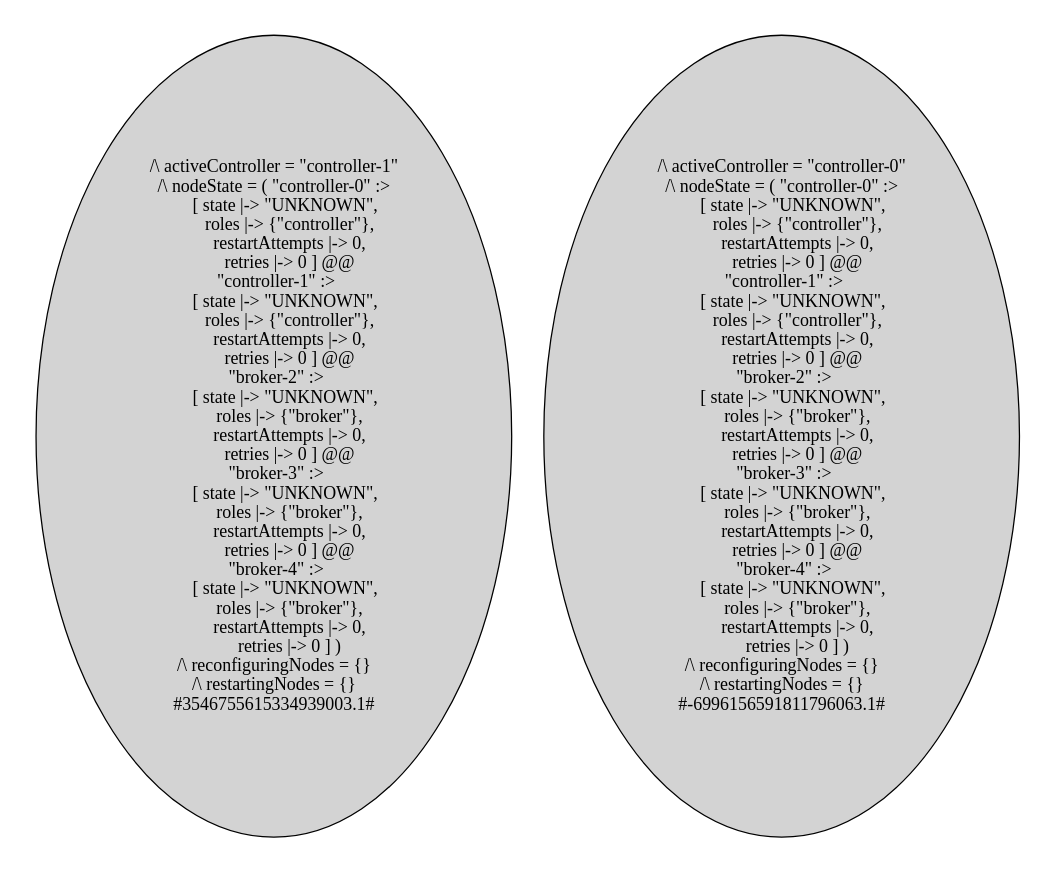
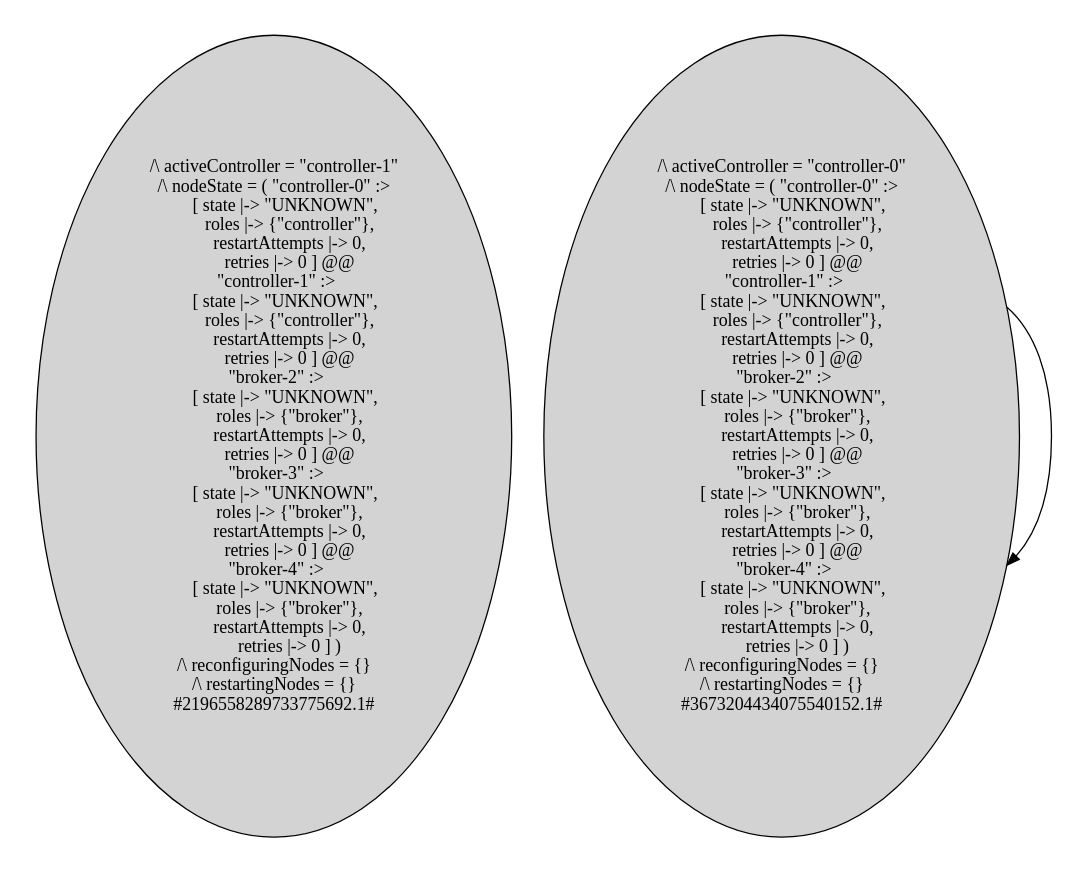
The diagram in formal_verification/TLA+/strimzi/kafka_roller/output_liveness.dot (see-quick/verification), drawn with Graphviz before and after one commit. The commit also changed 2 other files, not shown here.

```diff
--- a/formal_verification/TLA+/strimzi/kafka_roller/output_liveness.dot
+++ b/formal_verification/TLA+/strimzi/kafka_roller/output_liveness.dot
@@ -1,10 +1,13 @@
 digraph DiskGraph {
 nodesep=0.35;
 subgraph cluster_graph {
 color="white";
-"-6996156591811796063.1" [style = filled] [label="/\\ activeController = \"controller-0\"\n/\\ nodeState = ( \"controller-0\" :>\n      [ state |-> \"UNKNOWN\",\n        roles |-> {\"controller\"},\n        restartAttempts |-> 0,\n        retries |-> 0 ] @@\n  \"controller-1\" :>\n      [ state |-> \"UNKNOWN\",\n        roles |-> {\"controller\"},\n        restartAttempts |-> 0,\n        retries |-> 0 ] @@\n  \"broker-2\" :>\n      [ state |-> \"UNKNOWN\",\n        roles |-> {\"broker\"},\n        restartAttempts |-> 0,\n        retries |-> 0 ] @@\n  \"broker-3\" :>\n      [ state |-> \"UNKNOWN\",\n        roles |-> {\"broker\"},\n        restartAttempts |-> 0,\n        retries |-> 0 ] @@\n  \"broker-4\" :>\n      [ state |-> \"UNKNOWN\",\n        roles |-> {\"broker\"},\n        restartAttempts |-> 0,\n        retries |-> 0 ] )\n/\\ reconfiguringNodes = {}\n/\\ restartingNodes = {}
-#-6996156591811796063.1#"]
-"3546755615334939003.1" [style = filled] [label="/\\ activeController = \"controller-1\"\n/\\ nodeState = ( \"controller-0\" :>\n      [ state |-> \"UNKNOWN\",\n        roles |-> {\"controller\"},\n        restartAttempts |-> 0,\n        retries |-> 0 ] @@\n  \"controller-1\" :>\n      [ state |-> \"UNKNOWN\",\n        roles |-> {\"controller\"},\n        restartAttempts |-> 0,\n        retries |-> 0 ] @@\n  \"broker-2\" :>\n      [ state |-> \"UNKNOWN\",\n        roles |-> {\"broker\"},\n        restartAttempts |-> 0,\n        retries |-> 0 ] @@\n  \"broker-3\" :>\n      [ state |-> \"UNKNOWN\",\n        roles |-> {\"broker\"},\n        restartAttempts |-> 0,\n        retries |-> 0 ] @@\n  \"broker-4\" :>\n      [ state |-> \"UNKNOWN\",\n        roles |-> {\"broker\"},\n        restartAttempts |-> 0,\n        retries |-> 0 ] )\n/\\ reconfiguringNodes = {}\n/\\ restartingNodes = {}
-#3546755615334939003.1#"]
+"3673204434075540152.1" [style = filled] [label="/\\ activeController = \"controller-0\"\n/\\ nodeState = ( \"controller-0\" :>\n      [ state |-> \"UNKNOWN\",\n        roles |-> {\"controller\"},\n        restartAttempts |-> 0,\n        retries |-> 0 ] @@\n  \"controller-1\" :>\n      [ state |-> \"UNKNOWN\",\n        roles |-> {\"controller\"},\n        restartAttempts |-> 0,\n        retries |-> 0 ] @@\n  \"broker-2\" :>\n      [ state |-> \"UNKNOWN\",\n        roles |-> {\"broker\"},\n        restartAttempts |-> 0,\n        retries |-> 0 ] @@\n  \"broker-3\" :>\n      [ state |-> \"UNKNOWN\",\n        roles |-> {\"broker\"},\n        restartAttempts |-> 0,\n        retries |-> 0 ] @@\n  \"broker-4\" :>\n      [ state |-> \"UNKNOWN\",\n        roles |-> {\"broker\"},\n        restartAttempts |-> 0,\n        retries |-> 0 ] )\n/\\ reconfiguringNodes = {}\n/\\ restartingNodes = {}
+#3673204434075540152.1#"]
+"2196558289733775692.1" [style = filled] [label="/\\ activeController = \"controller-1\"\n/\\ nodeState = ( \"controller-0\" :>\n      [ state |-> \"UNKNOWN\",\n        roles |-> {\"controller\"},\n        restartAttempts |-> 0,\n        retries |-> 0 ] @@\n  \"controller-1\" :>\n      [ state |-> \"UNKNOWN\",\n        roles |-> {\"controller\"},\n        restartAttempts |-> 0,\n        retries |-> 0 ] @@\n  \"broker-2\" :>\n      [ state |-> \"UNKNOWN\",\n        roles |-> {\"broker\"},\n        restartAttempts |-> 0,\n        retries |-> 0 ] @@\n  \"broker-3\" :>\n      [ state |-> \"UNKNOWN\",\n        roles |-> {\"broker\"},\n        restartAttempts |-> 0,\n        retries |-> 0 ] @@\n  \"broker-4\" :>\n      [ state |-> \"UNKNOWN\",\n        roles |-> {\"broker\"},\n        restartAttempts |-> 0,\n        retries |-> 0 ] )\n/\\ reconfiguringNodes = {}\n/\\ restartingNodes = {}
+#2196558289733775692.1#"]
+"3673204434075540152.1" -> "3673204434075540152.1";
+"3673204434075540152.1" [label="/\\ activeController = \"controller-0\"\n/\\ nodeState = ( \"controller-0\" :>\n      [ state |-> \"UNKNOWN\",\n        roles |-> {\"controller\"},\n        restartAttempts |-> 0,\n        retries |-> 0 ] @@\n  \"controller-1\" :>\n      [ state |-> \"UNKNOWN\",\n        roles |-> {\"controller\"},\n        restartAttempts |-> 0,\n        retries |-> 0 ] @@\n  \"broker-2\" :>\n      [ state |-> \"UNKNOWN\",\n        roles |-> {\"broker\"},\n        restartAttempts |-> 0,\n        retries |-> 0 ] @@\n  \"broker-3\" :>\n      [ state |-> \"UNKNOWN\",\n        roles |-> {\"broker\"},\n        restartAttempts |-> 0,\n        retries |-> 0 ] @@\n  \"broker-4\" :>\n      [ state |-> \"UNKNOWN\",\n        roles |-> {\"broker\"},\n        restartAttempts |-> 0,\n        retries |-> 0 ] )\n/\\ reconfiguringNodes = {}\n/\\ restartingNodes = {}
+#3673204434075540152.1#"];
 }
 }
```
